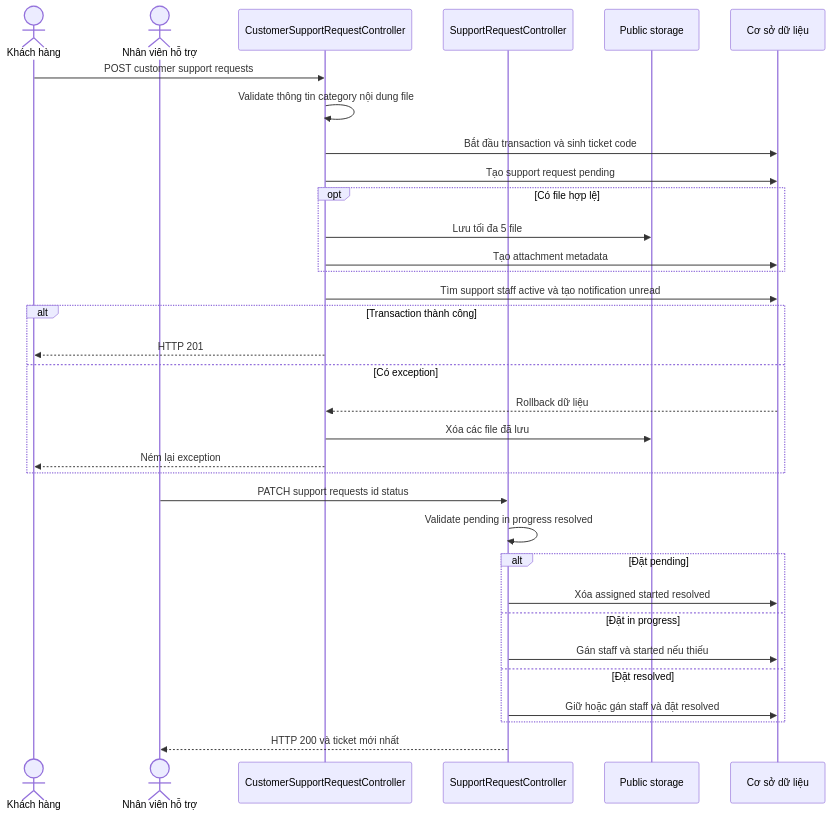
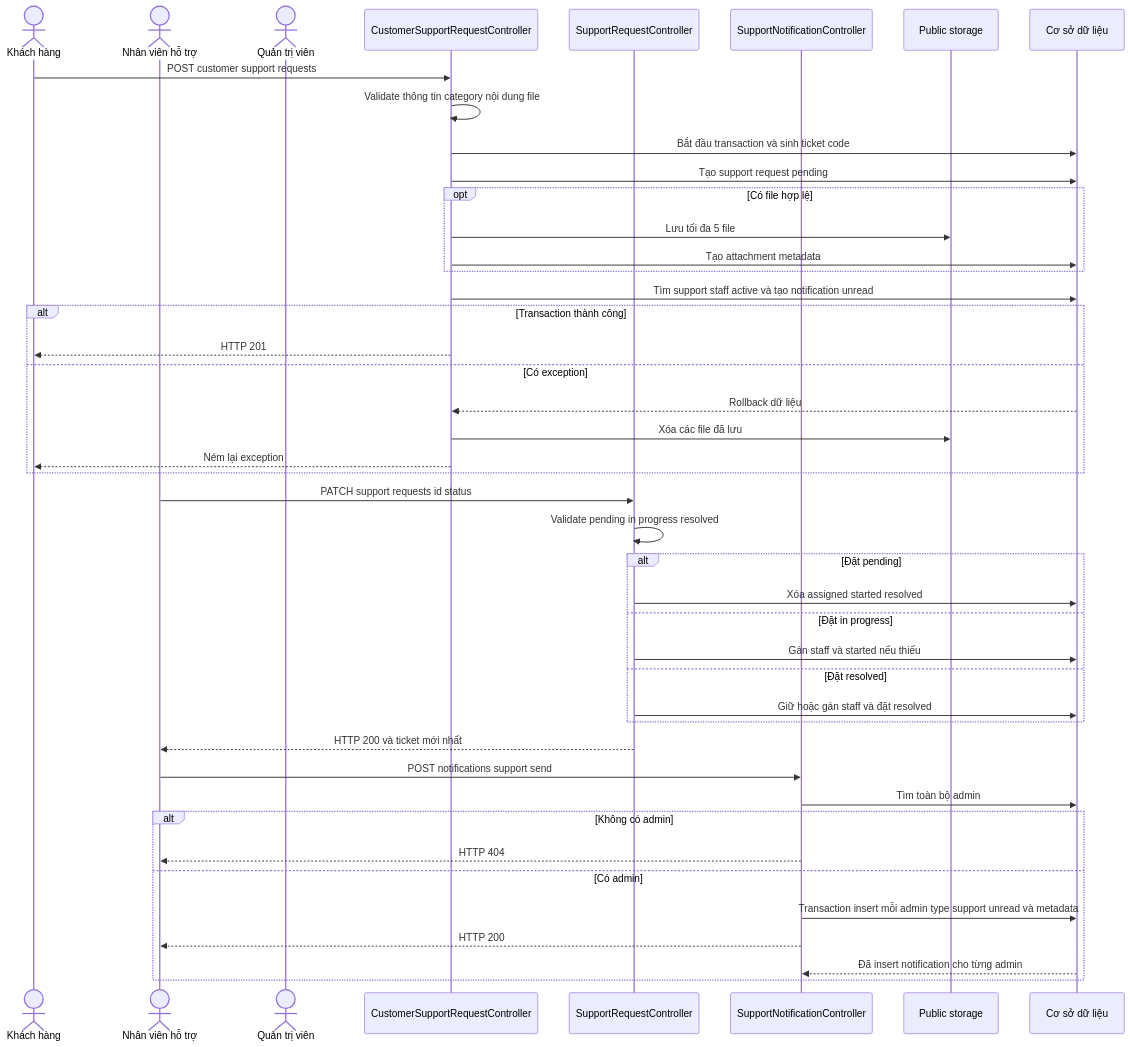
One commit to phamhoaithu2006/DATN_WD-01 changed diagram 20 of 39 in docs/reverse-engineering/06-process-and-state-diagrams.md. Above: the diagram before and after it, drawn with Mermaid. The commit also changed other lines of this file and 53 other files, not shown here.

````diff
--- a/docs/reverse-engineering/06-process-and-state-diagrams.md
+++ b/docs/reverse-engineering/06-process-and-state-diagrams.md
@@ -659,37 +775,49 @@
 ```mermaid
 sequenceDiagram
     actor Customer as Khách hàng
     actor Staff as Nhân viên hỗ trợ
+    actor Admin as Quản trị viên
     participant CustomerAPI as CustomerSupportRequestController
     participant SupportAPI as SupportRequestController
+    participant SupportNotify as SupportNotificationController
     participant Storage as Public storage
     participant DB as Cơ sở dữ liệu
 
     Customer->>CustomerAPI: POST customer support requests
     CustomerAPI->>CustomerAPI: Validate thông tin category nội dung file
     CustomerAPI->>DB: Bắt đầu transaction và sinh ticket code
     CustomerAPI->>DB: Tạo support request pending
     opt Có file hợp lệ
         CustomerAPI->>Storage: Lưu tối đa 5 file
         CustomerAPI->>DB: Tạo attachment metadata
     end
     CustomerAPI->>DB: Tìm support staff active và tạo notification unread
     alt Transaction thành công
         CustomerAPI-->>Customer: HTTP 201
     else Có exception
         DB-->>CustomerAPI: Rollback dữ liệu
         CustomerAPI->>Storage: Xóa các file đã lưu
         CustomerAPI-->>Customer: Ném lại exception
     end
 
     Staff->>SupportAPI: PATCH support requests id status
     SupportAPI->>SupportAPI: Validate pending in progress resolved
     alt Đặt pending
         SupportAPI->>DB: Xóa assigned started resolved
     else Đặt in progress
         SupportAPI->>DB: Gán staff và started nếu thiếu
     else Đặt resolved
         SupportAPI->>DB: Giữ hoặc gán staff và đặt resolved
     end
     SupportAPI-->>Staff: HTTP 200 và ticket mới nhất
+
+    Staff->>SupportNotify: POST notifications support send
+    SupportNotify->>DB: Tìm toàn bộ admin
+    alt Không có admin
+        SupportNotify-->>Staff: HTTP 404
+    else Có admin
+        SupportNotify->>DB: Transaction insert mỗi admin type support unread và metadata
+        SupportNotify-->>Staff: HTTP 200
+        DB-->>SupportNotify: Đã insert notification cho từng admin
+    end
 ```
````
